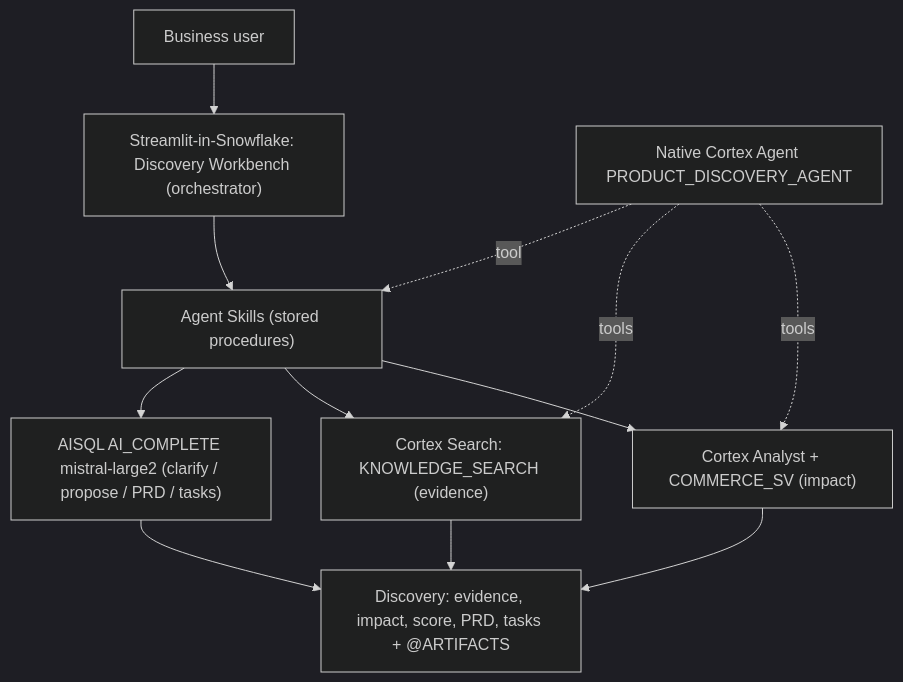
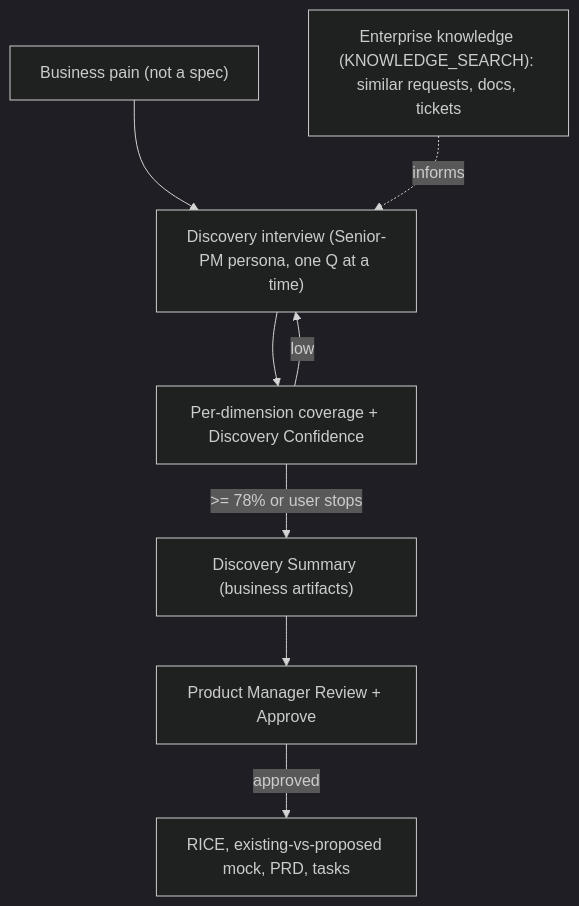
The diagram in README.md (junaediwidjojo/ai-product-discovery-agent), drawn with Mermaid (dark theme) before and after one commit. The commit also changed other lines of this file and 4 other files, not shown here.

First line of the commit message:
Pivot to AI Product Discovery Facilitator

````diff
--- a/README.md
+++ b/README.md
@@ -20,14 +21,10 @@
 ```mermaid
 flowchart TD
-  User["Business user"] --> App["Streamlit-in-Snowflake: Discovery Workbench (orchestrator)"]
-  App --> Skills["Agent Skills (stored procedures)"]
-  Skills --> Analyst["Cortex Analyst + COMMERCE_SV (impact)"]
-  Skills --> Search["Cortex Search: KNOWLEDGE_SEARCH (evidence)"]
-  Skills --> AISQL["AISQL AI_COMPLETE mistral-large2 (clarify / propose / PRD / tasks)"]
-  Analyst --> Out["Discovery: evidence, impact, score, PRD, tasks + @ARTIFACTS"]
-  Search --> Out
-  AISQL --> Out
-  Agent["Native Cortex Agent PRODUCT_DISCOVERY_AGENT"] -.tools.-> Analyst
-  Agent -.tools.-> Search
-  Agent -.tool.-> Skills
+  Idea["Business pain (not a spec)"] --> Interview["Discovery interview (Senior-PM persona, one Q at a time)"]
+  KB["Enterprise knowledge (KNOWLEDGE_SEARCH): similar requests, docs, tickets"] -.informs.-> Interview
+  Interview --> Conf["Per-dimension coverage + Discovery Confidence"]
+  Conf -->|low| Interview
+  Conf -->|>= 78% or user stops| Summary["Discovery Summary (business artifacts)"]
+  Summary --> PM["Product Manager Review + Approve"]
+  PM -->|approved| Artifacts["RICE, existing-vs-proposed mock, PRD, tasks"]
 ```
````
